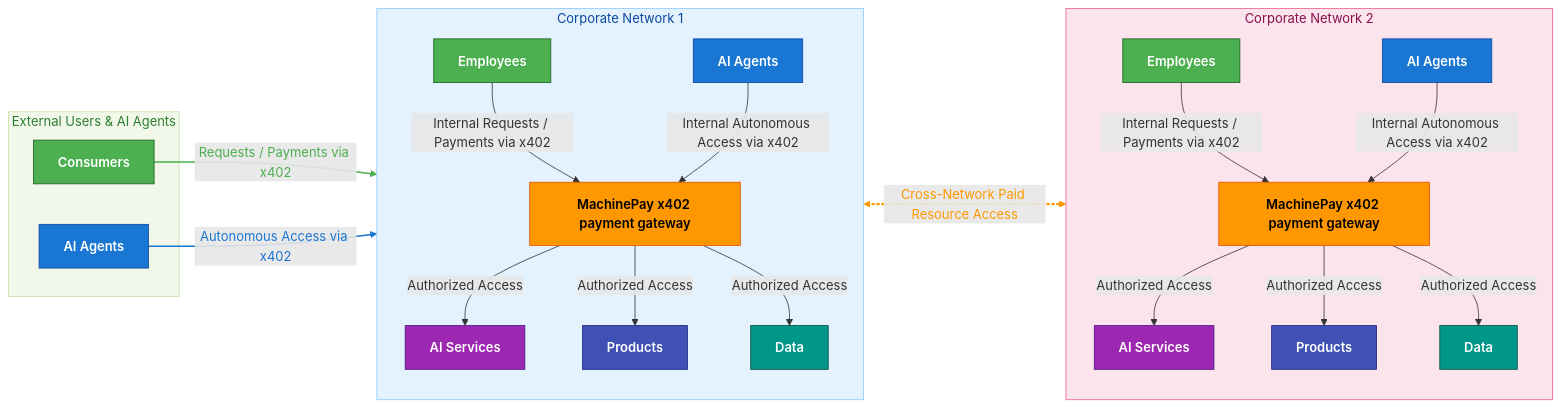
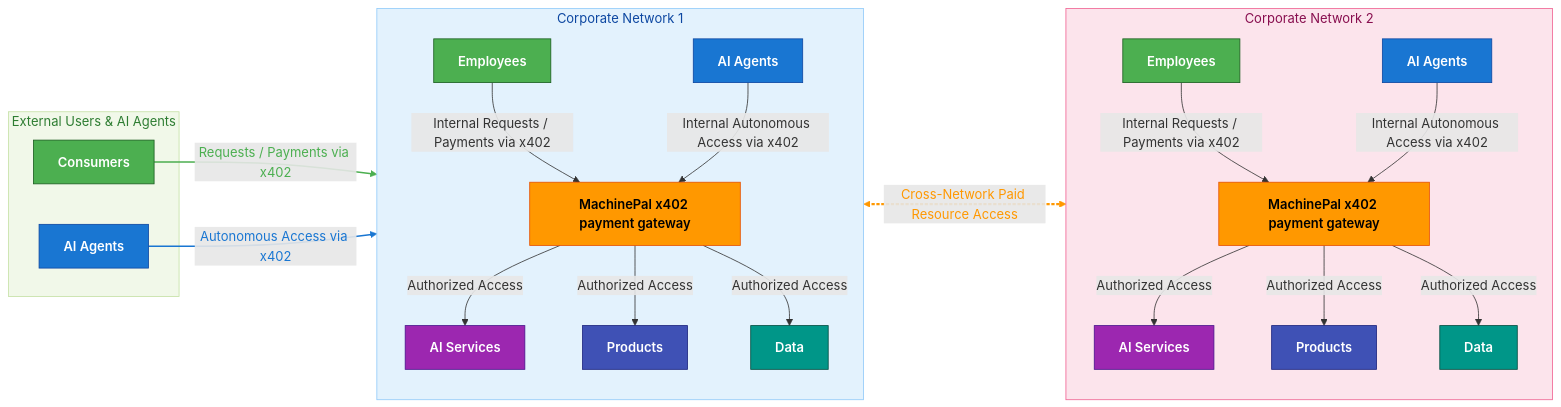
The diagram in README.md (skalenetwork/machinepal), drawn with Mermaid before and after one commit. The commit also changed other lines of this file and 123 other files, not shown here.

Commit message:
Rename 'MachinePay' to 'MachinePal': update file names, references, and configuration settings

```diff
--- a/README.md
+++ b/README.md
@@ -64,7 +64,7 @@
     %% Corporate Network 1
     subgraph Corporate_Network["Corporate Network 1"]
         direction TB
-        MP["MachinePay x402 payment gateway"]
+        MP["MachinePal x402 payment gateway"]
         AI1["AI Services"]
         AI2["Products"]
         AI3["Data"]
@@ -75,7 +75,7 @@
     %% Corporate Network 2
     subgraph Corporate_Network_2["Corporate Network 2"]
         direction TB
-        MP2["MachinePay x402 payment gateway"]
+        MP2["MachinePal x402 payment gateway"]
         AI1B["AI Services"]
         AI2B["Products"]
         AI3B["Data"]
```
